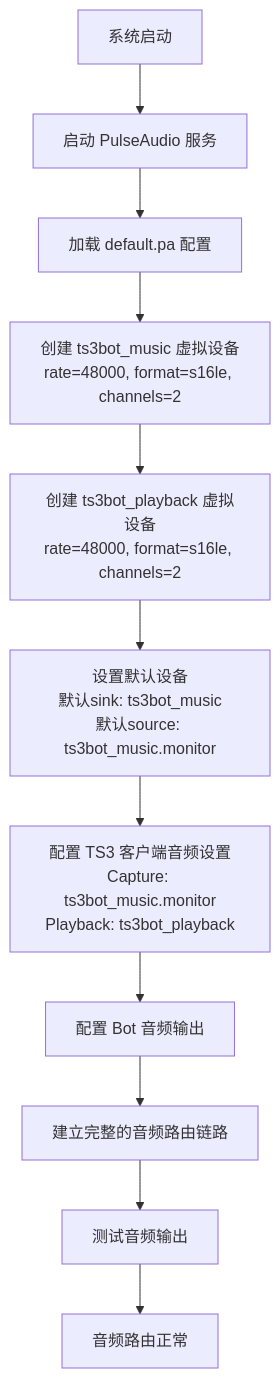
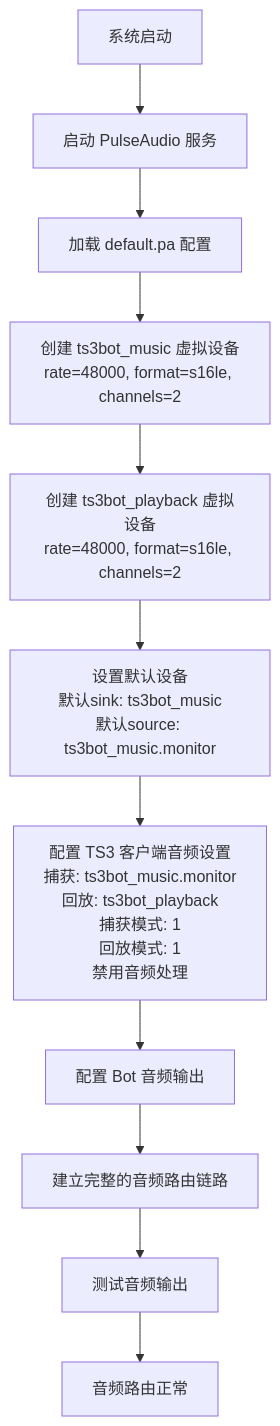
Diagram 15 of 18 in .qoder/repowiki/zh/content/音乐播放系统/音频控制器.md (GhoulOwl/Teamspeak3_Bot), drawn with Mermaid before and after one commit. The commit also changed other lines of this file and 7 other files, not shown here.

````diff
--- a/.qoder/repowiki/zh/content/音乐播放系统/音频控制器.md
+++ b/.qoder/repowiki/zh/content/音乐播放系统/音频控制器.md
@@ -580,13 +746,13 @@
 ```mermaid
 flowchart TD
 Start["系统启动"] --> PulseAudio["启动 PulseAudio 服务"]
 PulseAudio --> Config["加载 default.pa 配置"]
 Config --> CreateMusicSink["创建 ts3bot_music 虚拟设备<br/>rate=48000, format=s16le, channels=2"]
 CreateMusicSink --> CreatePlaybackSink["创建 ts3bot_playback 虚拟设备<br/>rate=48000, format=s16le, channels=2"]
 CreatePlaybackSink --> SetDefaults["设置默认设备<br/>默认sink: ts3bot_music<br/>默认source: ts3bot_music.monitor"]
-SetDefaults --> TS3Config["配置 TS3 客户端音频设置<br/>Capture: ts3bot_music.monitor<br/>Playback: ts3bot_playback"]
+SetDefaults --> TS3Config["配置 TS3 客户端音频设置<br/>捕获: ts3bot_music.monitor<br/>回放: ts3bot_playback<br/>捕获模式: 1<br/>回放模式: 1<br/>禁用音频处理"]
 TS3Config --> BotAudio["配置 Bot 音频输出"]
 BotAudio --> Route["建立完整的音频路由链路"]
 Route --> Test["测试音频输出"]
 Test --> Success["音频路由正常"]
 ```
````
